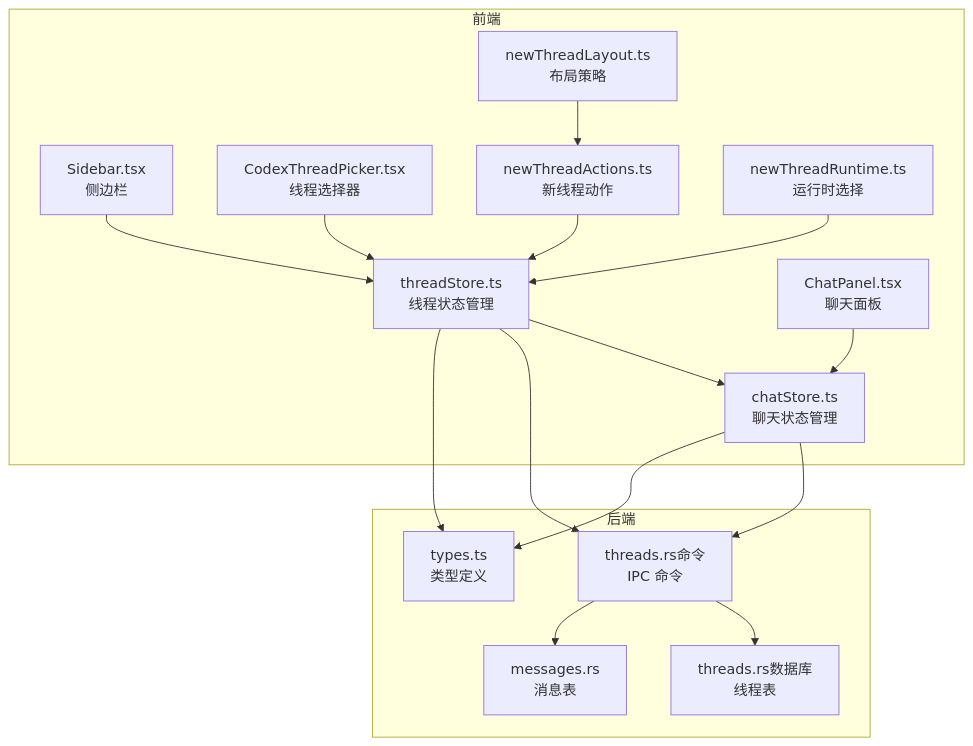
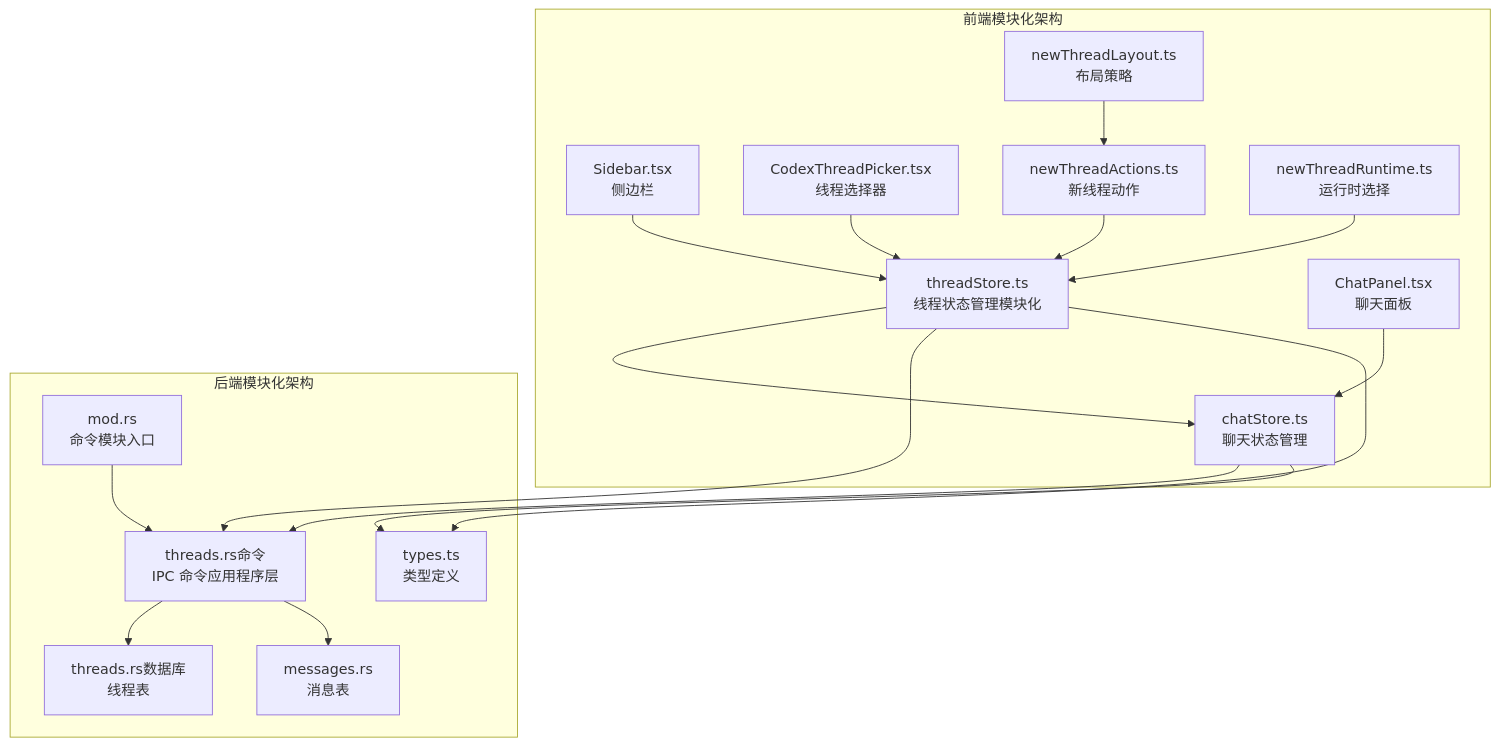
One commit to yattin/panes changed the first of 7 diagrams in .qoder/repowiki/zh/content/核心功能/聊天和 AI 集成/线程和对话管理.md. Above: the diagram before and after it, drawn with Mermaid. The commit also changed other lines of this file and 45 other files, not shown here.

````diff
--- a/.qoder/repowiki/zh/content/核心功能/聊天和 AI 集成/线程和对话管理.md
+++ b/.qoder/repowiki/zh/content/核心功能/聊天和 AI 集成/线程和对话管理.md
@@ -46,32 +57,34 @@
 ```mermaid
 graph TB
-subgraph "前端"
-TS["threadStore.ts<br/>线程状态管理"]
+subgraph "前端模块化架构"
+TS["threadStore.ts<br/>线程状态管理模块化"]
 CS["chatStore.ts<br/>聊天状态管理"]
 SB["Sidebar.tsx<br/>侧边栏"]
 CP["ChatPanel.tsx<br/>聊天面板"]
 CTP["CodexThreadPicker.tsx<br/>线程选择器"]
 NTA["newThreadActions.ts<br/>新线程动作"]
 NTR["newThreadRuntime.ts<br/>运行时选择"]
 NTL["newThreadLayout.ts<br/>布局策略"]
 end
-subgraph "后端"
-CMD["threads.rs命令<br/>IPC 命令"]
+subgraph "后端模块化架构"
+CMD["threads.rs命令<br/>IPC 命令应用程序层"]
 DBT["threads.rs数据库<br/>线程表"]
 DBM["messages.rs<br/>消息表"]
+MOD["mod.rs<br/>命令模块入口"]
 TYPES["types.ts<br/>类型定义"]
 end
 TS --> CS
 SB --> TS
 CP --> CS
 CTP --> TS
 NTA --> TS
 NTR --> TS
 NTL --> NTA
 CS --> CMD
 TS --> CMD
 CMD --> DBT
 CMD --> DBM
 CS --> TYPES
 TS --> TYPES
+MOD --> CMD
 ```
````
